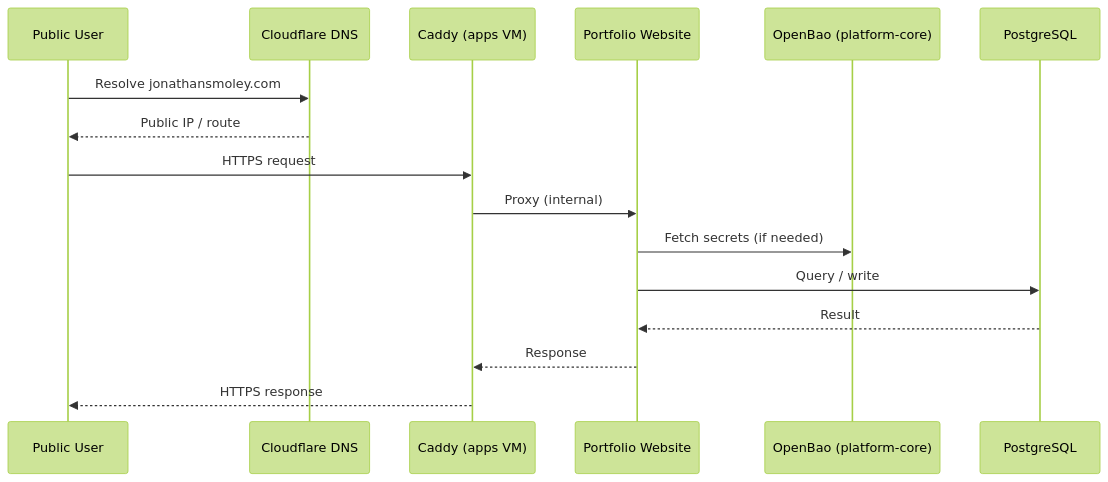
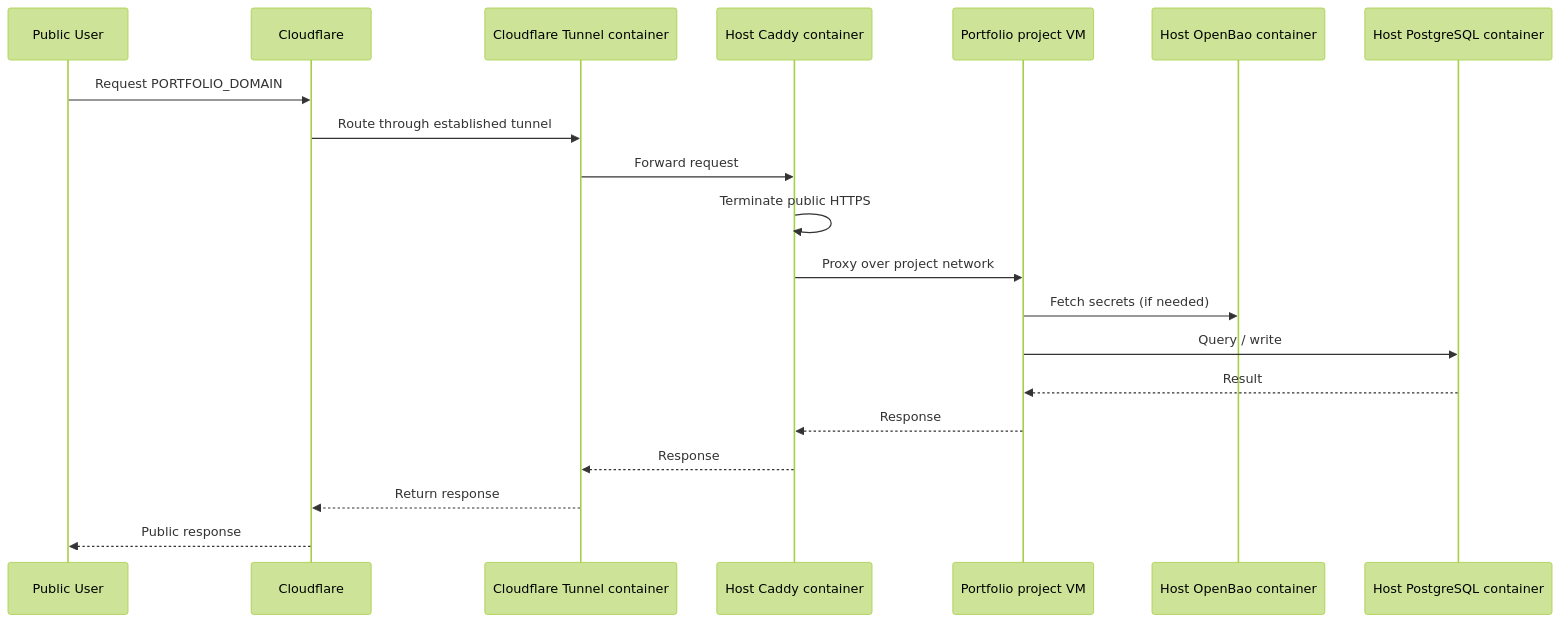
Before and after one commit to JT2M0L3Y/homelab: the third of 4 diagrams in docs/architecture/02-networking.md, drawn with Mermaid (forest theme). The commit also changed other lines of this file and 13 other files, not shown here.

````diff
--- a/docs/architecture/02-networking.md
+++ b/docs/architecture/02-networking.md
@@ -50,19 +90,23 @@
 ```mermaid
 sequenceDiagram
     participant User as Public User
-    participant CF as Cloudflare DNS
-    participant Caddy as Caddy (apps VM)
-    participant App as Portfolio Website
-    participant OpenBao as OpenBao (platform-core)
-    participant DB as PostgreSQL
+    participant CF as Cloudflare
+    participant Tunnel as Cloudflare Tunnel container
+    participant Caddy as Host Caddy container
+    participant App as Portfolio project VM
+    participant OpenBao as Host OpenBao container
+    participant DB as Host PostgreSQL container
 
-    User->>CF: Resolve jonathansmoley.com
-    CF-->>User: Public IP / route
-    User->>Caddy: HTTPS request
-    Caddy->>App: Proxy (internal)
+    User->>CF: Request PORTFOLIO_DOMAIN
+    CF->>Tunnel: Route through established tunnel
+    Tunnel->>Caddy: Forward request
+    Caddy->>Caddy: Terminate public HTTPS
+    Caddy->>App: Proxy over project network
     App->>OpenBao: Fetch secrets (if needed)
     App->>DB: Query / write
     DB-->>App: Result
     App-->>Caddy: Response
-    Caddy-->>User: HTTPS response
+    Caddy-->>Tunnel: Response
+    Tunnel-->>CF: Return response
+    CF-->>User: Public response
 ```
````
